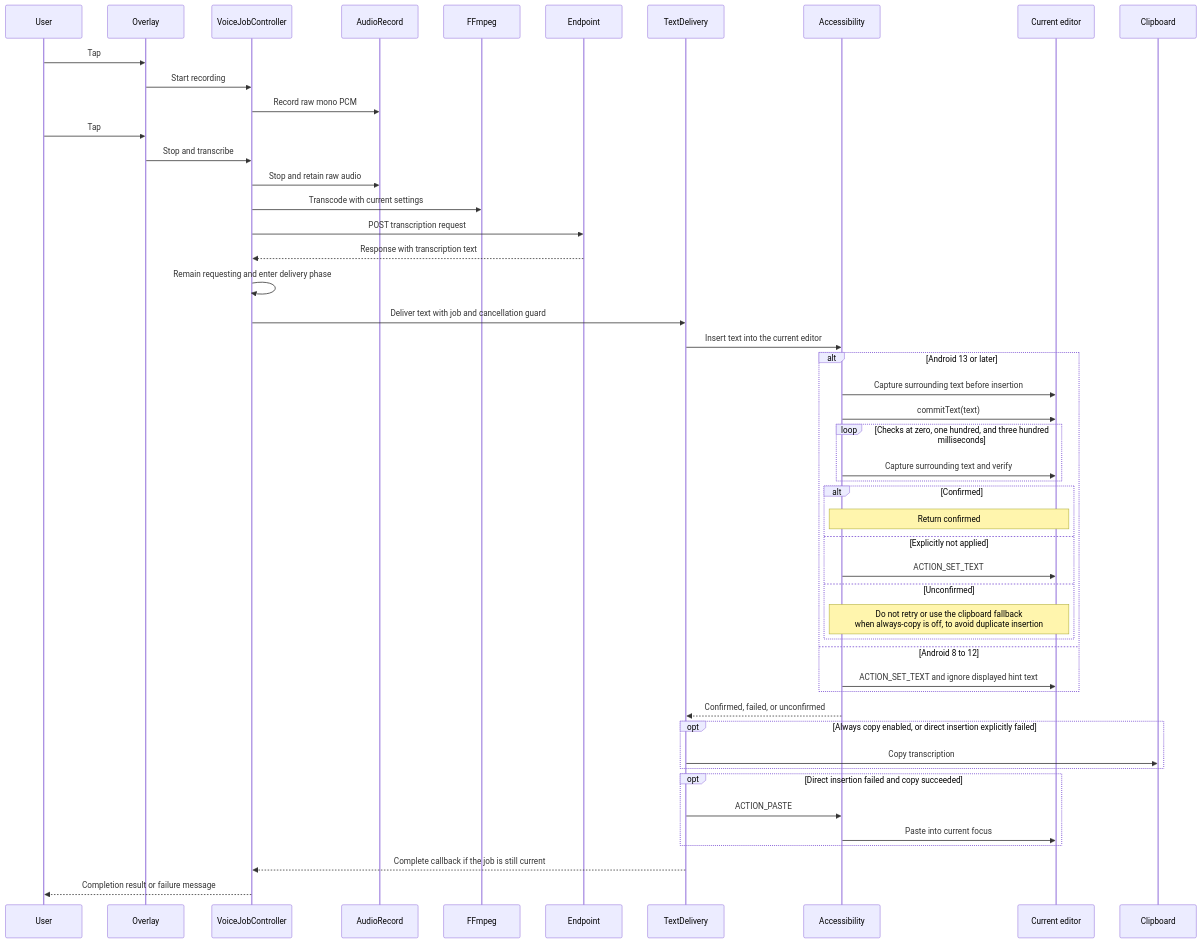
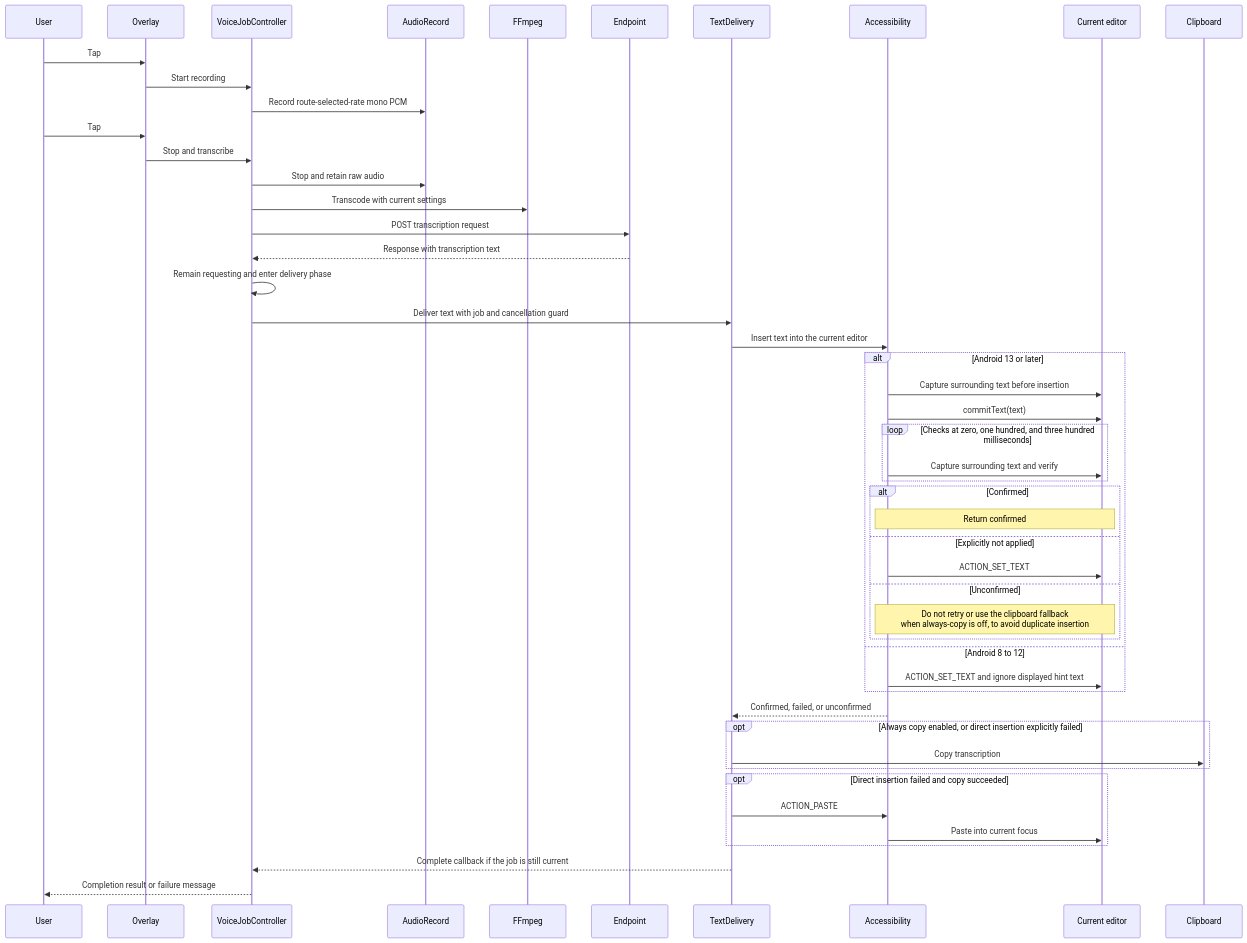
The second of 3 diagrams in README.md (Joey-Kot/Dictate), drawn with Mermaid before and after one commit. The commit also changed other lines of this file and 13 other files, not shown here.

````diff
--- a/README.md
+++ b/README.md
@@ -61,62 +61,62 @@
 ```mermaid
 sequenceDiagram
   participant U as User
   participant O as Overlay
   participant J as VoiceJobController
   participant R as AudioRecord
   participant F as FFmpeg
   participant P as Endpoint
   participant D as TextDelivery
   participant A as Accessibility
   participant E as Current editor
   participant C as Clipboard
 
   U->>O: Tap
   O->>J: Start recording
-  J->>R: Record raw mono PCM
+  J->>R: Record route-selected-rate mono PCM
 
   U->>O: Tap
   O->>J: Stop and transcribe
   J->>R: Stop and retain raw audio
   J->>F: Transcode with current settings
   J->>P: POST transcription request
   P-->>J: Response with transcription text
 
   J->>J: Remain requesting and enter delivery phase
   J->>D: Deliver text with job and cancellation guard
   D->>A: Insert text into the current editor
 
   alt Android 13 or later
     A->>E: Capture surrounding text before insertion
     A->>E: commitText(text)
 
     loop Checks at zero, one hundred, and three hundred milliseconds
       A->>E: Capture surrounding text and verify
     end
 
     alt Confirmed
       Note over A,E: Return confirmed
     else Explicitly not applied
       A->>E: ACTION_SET_TEXT
     else Unconfirmed
       Note over A,E: Do not retry or use the clipboard fallback<br/>when always-copy is off, to avoid duplicate insertion
     end
 
   else Android 8 to 12
     A->>E: ACTION_SET_TEXT and ignore displayed hint text
   end
 
   A-->>D: Confirmed, failed, or unconfirmed
 
   opt Always copy enabled, or direct insertion explicitly failed
     D->>C: Copy transcription
   end
 
   opt Direct insertion failed and copy succeeded
     D->>A: ACTION_PASTE
     A->>E: Paste into current focus
   end
 
   D-->>J: Complete callback if the job is still current
   J-->>U: Completion result or failure message
 ```
````
